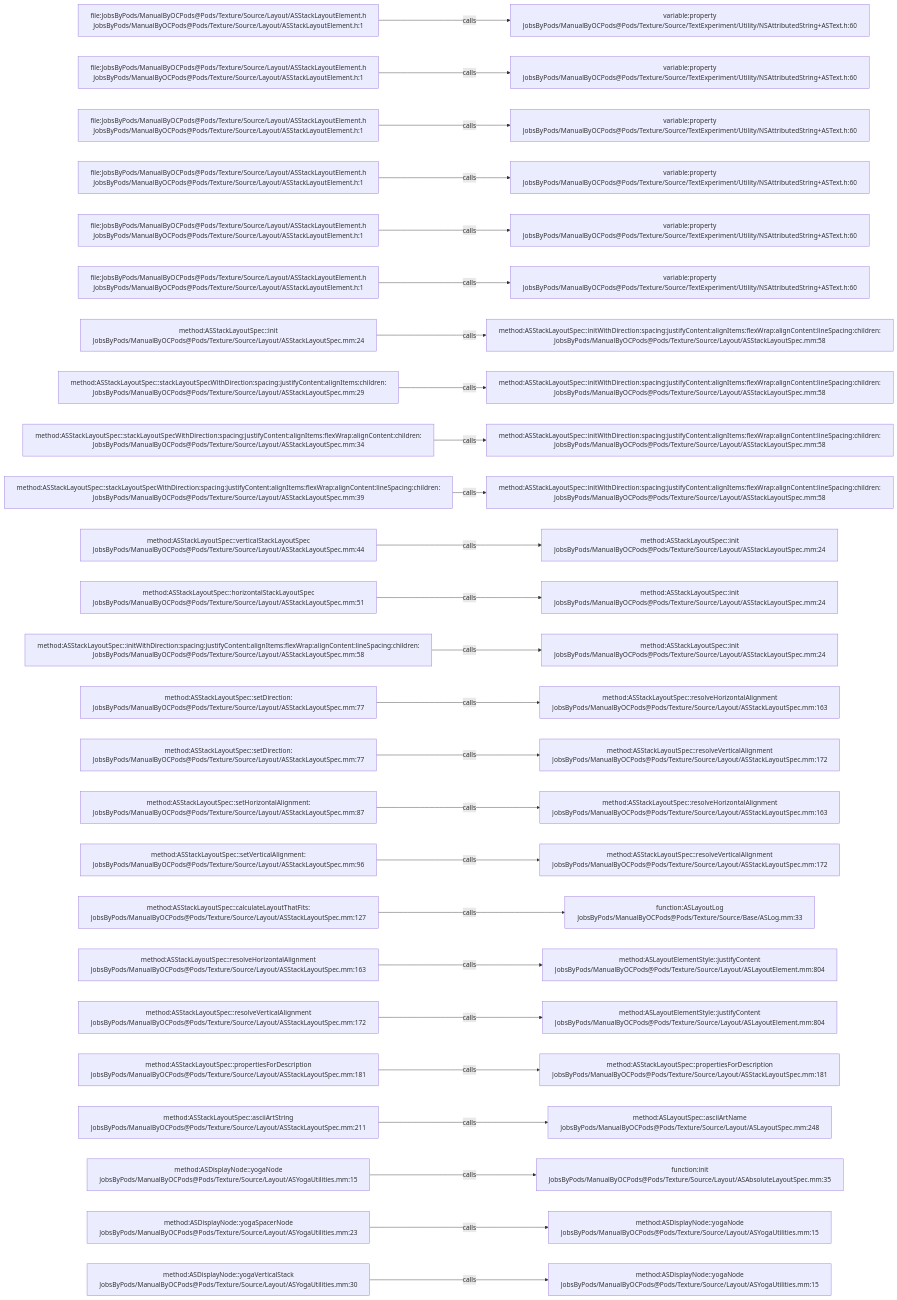
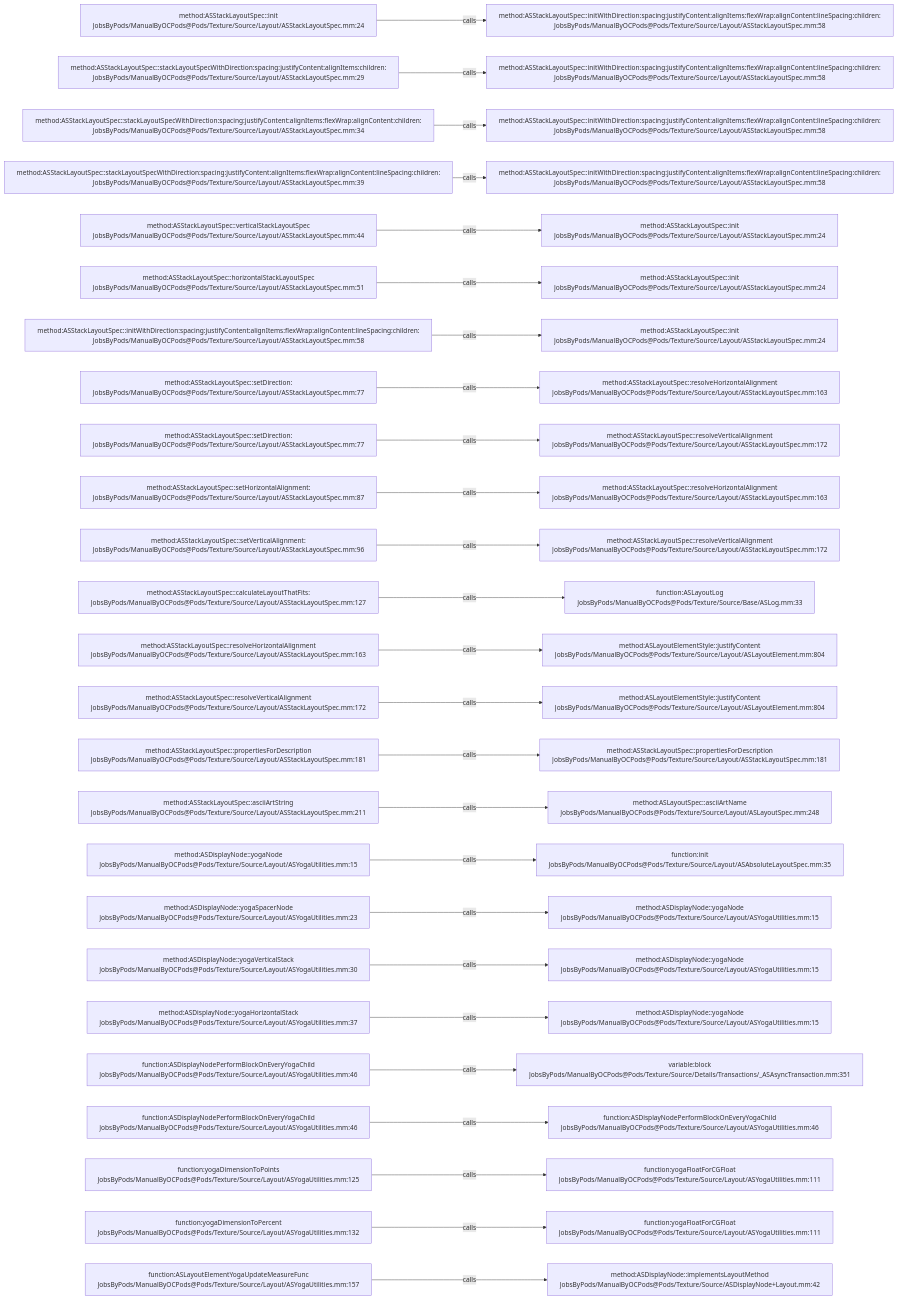
One commit to JobsKits/JobsOCBaseConfigDemo changed the diagram in .codegraph/codegraph.md/graphs/calls-175.md. Above: the diagram before and after it, drawn with Mermaid. The commit also changed 666 other files, not shown here.

````diff
--- a/.codegraph/codegraph.md/graphs/calls-175.md
+++ b/.codegraph/codegraph.md/graphs/calls-175.md
@@ -13,78 +13,78 @@
 ```mermaid
 flowchart LR
-  S1["file:JobsByPods/ManualByOCPods@Pods/Texture/Source/Layout/ASStackLayoutElement.h<br/>JobsByPods/ManualByOCPods@Pods/Texture/Source/Layout/ASStackLayoutElement.h:1"]
-  T1["variable:property<br/>JobsByPods/ManualByOCPods@Pods/Texture/Source/TextExperiment/Utility/NSAttributedString+ASText.h:60"]
+  S1["method:ASStackLayoutSpec::init<br/>JobsByPods/ManualByOCPods@Pods/Texture/Source/Layout/ASStackLayoutSpec.mm:24"]
+  T1["method:ASStackLayoutSpec::initWithDirection:spacing:justifyContent:alignItems:flexWrap:alignContent:lineSpacing:children:<br/>JobsByPods/ManualByOCPods@Pods/Texture/Source/Layout/ASStackLayoutSpec.mm:58"]
   S1 -->|calls| T1
-  S2["file:JobsByPods/ManualByOCPods@Pods/Texture/Source/Layout/ASStackLayoutElement.h<br/>JobsByPods/ManualByOCPods@Pods/Texture/Source/Layout/ASStackLayoutElement.h:1"]
-  T2["variable:property<br/>JobsByPods/ManualByOCPods@Pods/Texture/Source/TextExperiment/Utility/NSAttributedString+ASText.h:60"]
+  S2["method:ASStackLayoutSpec::stackLayoutSpecWithDirection:spacing:justifyContent:alignItems:children:<br/>JobsByPods/ManualByOCPods@Pods/Texture/Source/Layout/ASStackLayoutSpec.mm:29"]
+  T2["method:ASStackLayoutSpec::initWithDirection:spacing:justifyContent:alignItems:flexWrap:alignContent:lineSpacing:children:<br/>JobsByPods/ManualByOCPods@Pods/Texture/Source/Layout/ASStackLayoutSpec.mm:58"]
   S2 -->|calls| T2
-  S3["file:JobsByPods/ManualByOCPods@Pods/Texture/Source/Layout/ASStackLayoutElement.h<br/>JobsByPods/ManualByOCPods@Pods/Texture/Source/Layout/ASStackLayoutElement.h:1"]
-  T3["variable:property<br/>JobsByPods/ManualByOCPods@Pods/Texture/Source/TextExperiment/Utility/NSAttributedString+ASText.h:60"]
+  S3["method:ASStackLayoutSpec::stackLayoutSpecWithDirection:spacing:justifyContent:alignItems:flexWrap:alignContent:children:<br/>JobsByPods/ManualByOCPods@Pods/Texture/Source/Layout/ASStackLayoutSpec.mm:34"]
+  T3["method:ASStackLayoutSpec::initWithDirection:spacing:justifyContent:alignItems:flexWrap:alignContent:lineSpacing:children:<br/>JobsByPods/ManualByOCPods@Pods/Texture/Source/Layout/ASStackLayoutSpec.mm:58"]
   S3 -->|calls| T3
-  S4["file:JobsByPods/ManualByOCPods@Pods/Texture/Source/Layout/ASStackLayoutElement.h<br/>JobsByPods/ManualByOCPods@Pods/Texture/Source/Layout/ASStackLayoutElement.h:1"]
-  T4["variable:property<br/>JobsByPods/ManualByOCPods@Pods/Texture/Source/TextExperiment/Utility/NSAttributedString+ASText.h:60"]
+  S4["method:ASStackLayoutSpec::stackLayoutSpecWithDirection:spacing:justifyContent:alignItems:flexWrap:alignContent:lineSpacing:children:<br/>JobsByPods/ManualByOCPods@Pods/Texture/Source/Layout/ASStackLayoutSpec.mm:39"]
+  T4["method:ASStackLayoutSpec::initWithDirection:spacing:justifyContent:alignItems:flexWrap:alignContent:lineSpacing:children:<br/>JobsByPods/ManualByOCPods@Pods/Texture/Source/Layout/ASStackLayoutSpec.mm:58"]
   S4 -->|calls| T4
-  S5["file:JobsByPods/ManualByOCPods@Pods/Texture/Source/Layout/ASStackLayoutElement.h<br/>JobsByPods/ManualByOCPods@Pods/Texture/Source/Layout/ASStackLayoutElement.h:1"]
-  T5["variable:property<br/>JobsByPods/ManualByOCPods@Pods/Texture/Source/TextExperiment/Utility/NSAttributedString+ASText.h:60"]
+  S5["method:ASStackLayoutSpec::verticalStackLayoutSpec<br/>JobsByPods/ManualByOCPods@Pods/Texture/Source/Layout/ASStackLayoutSpec.mm:44"]
+  T5["method:ASStackLayoutSpec::init<br/>JobsByPods/ManualByOCPods@Pods/Texture/Source/Layout/ASStackLayoutSpec.mm:24"]
   S5 -->|calls| T5
-  S6["file:JobsByPods/ManualByOCPods@Pods/Texture/Source/Layout/ASStackLayoutElement.h<br/>JobsByPods/ManualByOCPods@Pods/Texture/Source/Layout/ASStackLayoutElement.h:1"]
-  T6["variable:property<br/>JobsByPods/ManualByOCPods@Pods/Texture/Source/TextExperiment/Utility/NSAttributedString+ASText.h:60"]
+  S6["method:ASStackLayoutSpec::horizontalStackLayoutSpec<br/>JobsByPods/ManualByOCPods@Pods/Texture/Source/Layout/ASStackLayoutSpec.mm:51"]
+  T6["method:ASStackLayoutSpec::init<br/>JobsByPods/ManualByOCPods@Pods/Texture/Source/Layout/ASStackLayoutSpec.mm:24"]
   S6 -->|calls| T6
-  S7["method:ASStackLayoutSpec::init<br/>JobsByPods/ManualByOCPods@Pods/Texture/Source/Layout/ASStackLayoutSpec.mm:24"]
-  T7["method:ASStackLayoutSpec::initWithDirection:spacing:justifyContent:alignItems:flexWrap:alignContent:lineSpacing:children:<br/>JobsByPods/ManualByOCPods@Pods/Texture/Source/Layout/ASStackLayoutSpec.mm:58"]
+  S7["method:ASStackLayoutSpec::initWithDirection:spacing:justifyContent:alignItems:flexWrap:alignContent:lineSpacing:children:<br/>JobsByPods/ManualByOCPods@Pods/Texture/Source/Layout/ASStackLayoutSpec.mm:58"]
+  T7["method:ASStackLayoutSpec::init<br/>JobsByPods/ManualByOCPods@Pods/Texture/Source/Layout/ASStackLayoutSpec.mm:24"]
   S7 -->|calls| T7
-  S8["method:ASStackLayoutSpec::stackLayoutSpecWithDirection:spacing:justifyContent:alignItems:children:<br/>JobsByPods/ManualByOCPods@Pods/Texture/Source/Layout/ASStackLayoutSpec.mm:29"]
-  T8["method:ASStackLayoutSpec::initWithDirection:spacing:justifyContent:alignItems:flexWrap:alignContent:lineSpacing:children:<br/>JobsByPods/ManualByOCPods@Pods/Texture/Source/Layout/ASStackLayoutSpec.mm:58"]
+  S8["method:ASStackLayoutSpec::setDirection:<br/>JobsByPods/ManualByOCPods@Pods/Texture/Source/Layout/ASStackLayoutSpec.mm:77"]
+  T8["method:ASStackLayoutSpec::resolveHorizontalAlignment<br/>JobsByPods/ManualByOCPods@Pods/Texture/Source/Layout/ASStackLayoutSpec.mm:163"]
   S8 -->|calls| T8
-  S9["method:ASStackLayoutSpec::stackLayoutSpecWithDirection:spacing:justifyContent:alignItems:flexWrap:alignContent:children:<br/>JobsByPods/ManualByOCPods@Pods/Texture/Source/Layout/ASStackLayoutSpec.mm:34"]
-  T9["method:ASStackLayoutSpec::initWithDirection:spacing:justifyContent:alignItems:flexWrap:alignContent:lineSpacing:children:<br/>JobsByPods/ManualByOCPods@Pods/Texture/Source/Layout/ASStackLayoutSpec.mm:58"]
+  S9["method:ASStackLayoutSpec::setDirection:<br/>JobsByPods/ManualByOCPods@Pods/Texture/Source/Layout/ASStackLayoutSpec.mm:77"]
+  T9["method:ASStackLayoutSpec::resolveVerticalAlignment<br/>JobsByPods/ManualByOCPods@Pods/Texture/Source/Layout/ASStackLayoutSpec.mm:172"]
   S9 -->|calls| T9
-  S10["method:ASStackLayoutSpec::stackLayoutSpecWithDirection:spacing:justifyContent:alignItems:flexWrap:alignContent:lineSpacing:children:<br/>JobsByPods/ManualByOCPods@Pods/Texture/Source/Layout/ASStackLayoutSpec.mm:39"]
-  T10["method:ASStackLayoutSpec::initWithDirection:spacing:justifyContent:alignItems:flexWrap:alignContent:lineSpacing:children:<br/>JobsByPods/ManualByOCPods@Pods/Texture/Source/Layout/ASStackLayoutSpec.mm:58"]
+  S10["method:ASStackLayoutSpec::setHorizontalAlignment:<br/>JobsByPods/ManualByOCPods@Pods/Texture/Source/Layout/ASStackLayoutSpec.mm:87"]
+  T10["method:ASStackLayoutSpec::resolveHorizontalAlignment<br/>JobsByPods/ManualByOCPods@Pods/Texture/Source/Layout/ASStackLayoutSpec.mm:163"]
   S10 -->|calls| T10
-  S11["method:ASStackLayoutSpec::verticalStackLayoutSpec<br/>JobsByPods/ManualByOCPods@Pods/Texture/Source/Layout/ASStackLayoutSpec.mm:44"]
-  T11["method:ASStackLayoutSpec::init<br/>JobsByPods/ManualByOCPods@Pods/Texture/Source/Layout/ASStackLayoutSpec.mm:24"]
+  S11["method:ASStackLayoutSpec::setVerticalAlignment:<br/>JobsByPods/ManualByOCPods@Pods/Texture/Source/Layout/ASStackLayoutSpec.mm:96"]
+  T11["method:ASStackLayoutSpec::resolveVerticalAlignment<br/>JobsByPods/ManualByOCPods@Pods/Texture/Source/Layout/ASStackLayoutSpec.mm:172"]
   S11 -->|calls| T11
-  S12["method:ASStackLayoutSpec::horizontalStackLayoutSpec<br/>JobsByPods/ManualByOCPods@Pods/Texture/Source/Layout/ASStackLayoutSpec.mm:51"]
-  T12["method:ASStackLayoutSpec::init<br/>JobsByPods/ManualByOCPods@Pods/Texture/Source/Layout/ASStackLayoutSpec.mm:24"]
+  S12["method:ASStackLayoutSpec::calculateLayoutThatFits:<br/>JobsByPods/ManualByOCPods@Pods/Texture/Source/Layout/ASStackLayoutSpec.mm:127"]
+  T12["function:ASLayoutLog<br/>JobsByPods/ManualByOCPods@Pods/Texture/Source/Base/ASLog.mm:33"]
   S12 -->|calls| T12
-  S13["method:ASStackLayoutSpec::initWithDirection:spacing:justifyContent:alignItems:flexWrap:alignContent:lineSpacing:children:<br/>JobsByPods/ManualByOCPods@Pods/Texture/Source/Layout/ASStackLayoutSpec.mm:58"]
-  T13["method:ASStackLayoutSpec::init<br/>JobsByPods/ManualByOCPods@Pods/Texture/Source/Layout/ASStackLayoutSpec.mm:24"]
+  S13["method:ASStackLayoutSpec::resolveHorizontalAlignment<br/>JobsByPods/ManualByOCPods@Pods/Texture/Source/Layout/ASStackLayoutSpec.mm:163"]
+  T13["method:ASLayoutElementStyle::justifyContent<br/>JobsByPods/ManualByOCPods@Pods/Texture/Source/Layout/ASLayoutElement.mm:804"]
   S13 -->|calls| T13
-  S14["method:ASStackLayoutSpec::setDirection:<br/>JobsByPods/ManualByOCPods@Pods/Texture/Source/Layout/ASStackLayoutSpec.mm:77"]
-  T14["method:ASStackLayoutSpec::resolveHorizontalAlignment<br/>JobsByPods/ManualByOCPods@Pods/Texture/Source/Layout/ASStackLayoutSpec.mm:163"]
+  S14["method:ASStackLayoutSpec::resolveVerticalAlignment<br/>JobsByPods/ManualByOCPods@Pods/Texture/Source/Layout/ASStackLayoutSpec.mm:172"]
+  T14["method:ASLayoutElementStyle::justifyContent<br/>JobsByPods/ManualByOCPods@Pods/Texture/Source/Layout/ASLayoutElement.mm:804"]
   S14 -->|calls| T14
-  S15["method:ASStackLayoutSpec::setDirection:<br/>JobsByPods/ManualByOCPods@Pods/Texture/Source/Layout/ASStackLayoutSpec.mm:77"]
-  T15["method:ASStackLayoutSpec::resolveVerticalAlignment<br/>JobsByPods/ManualByOCPods@Pods/Texture/Source/Layout/ASStackLayoutSpec.mm:172"]
+  S15["method:ASStackLayoutSpec::propertiesForDescription<br/>JobsByPods/ManualByOCPods@Pods/Texture/Source/Layout/ASStackLayoutSpec.mm:181"]
+  T15["method:ASStackLayoutSpec::propertiesForDescription<br/>JobsByPods/ManualByOCPods@Pods/Texture/Source/Layout/ASStackLayoutSpec.mm:181"]
   S15 -->|calls| T15
-  S16["method:ASStackLayoutSpec::setHorizontalAlignment:<br/>JobsByPods/ManualByOCPods@Pods/Texture/Source/Layout/ASStackLayoutSpec.mm:87"]
-  T16["method:ASStackLayoutSpec::resolveHorizontalAlignment<br/>JobsByPods/ManualByOCPods@Pods/Texture/Source/Layout/ASStackLayoutSpec.mm:163"]
+  S16["method:ASStackLayoutSpec::asciiArtString<br/>JobsByPods/ManualByOCPods@Pods/Texture/Source/Layout/ASStackLayoutSpec.mm:211"]
+  T16["method:ASLayoutSpec::asciiArtName<br/>JobsByPods/ManualByOCPods@Pods/Texture/Source/Layout/ASLayoutSpec.mm:248"]
   S16 -->|calls| T16
-  S17["method:ASStackLayoutSpec::setVerticalAlignment:<br/>JobsByPods/ManualByOCPods@Pods/Texture/Source/Layout/ASStackLayoutSpec.mm:96"]
-  T17["method:ASStackLayoutSpec::resolveVerticalAlignment<br/>JobsByPods/ManualByOCPods@Pods/Texture/Source/Layout/ASStackLayoutSpec.mm:172"]
+  S17["method:ASDisplayNode::yogaNode<br/>JobsByPods/ManualByOCPods@Pods/Texture/Source/Layout/ASYogaUtilities.mm:15"]
+  T17["function:init<br/>JobsByPods/ManualByOCPods@Pods/Texture/Source/Layout/ASAbsoluteLayoutSpec.mm:35"]
   S17 -->|calls| T17
-  S18["method:ASStackLayoutSpec::calculateLayoutThatFits:<br/>JobsByPods/ManualByOCPods@Pods/Texture/Source/Layout/ASStackLayoutSpec.mm:127"]
-  T18["function:ASLayoutLog<br/>JobsByPods/ManualByOCPods@Pods/Texture/Source/Base/ASLog.mm:33"]
+  S18["method:ASDisplayNode::yogaSpacerNode<br/>JobsByPods/ManualByOCPods@Pods/Texture/Source/Layout/ASYogaUtilities.mm:23"]
+  T18["method:ASDisplayNode::yogaNode<br/>JobsByPods/ManualByOCPods@Pods/Texture/Source/Layout/ASYogaUtilities.mm:15"]
   S18 -->|calls| T18
-  S19["method:ASStackLayoutSpec::resolveHorizontalAlignment<br/>JobsByPods/ManualByOCPods@Pods/Texture/Source/Layout/ASStackLayoutSpec.mm:163"]
-  T19["method:ASLayoutElementStyle::justifyContent<br/>JobsByPods/ManualByOCPods@Pods/Texture/Source/Layout/ASLayoutElement.mm:804"]
+  S19["method:ASDisplayNode::yogaVerticalStack<br/>JobsByPods/ManualByOCPods@Pods/Texture/Source/Layout/ASYogaUtilities.mm:30"]
+  T19["method:ASDisplayNode::yogaNode<br/>JobsByPods/ManualByOCPods@Pods/Texture/Source/Layout/ASYogaUtilities.mm:15"]
   S19 -->|calls| T19
-  S20["method:ASStackLayoutSpec::resolveVerticalAlignment<br/>JobsByPods/ManualByOCPods@Pods/Texture/Source/Layout/ASStackLayoutSpec.mm:172"]
-  T20["method:ASLayoutElementStyle::justifyContent<br/>JobsByPods/ManualByOCPods@Pods/Texture/Source/Layout/ASLayoutElement.mm:804"]
+  S20["method:ASDisplayNode::yogaHorizontalStack<br/>JobsByPods/ManualByOCPods@Pods/Texture/Source/Layout/ASYogaUtilities.mm:37"]
+  T20["method:ASDisplayNode::yogaNode<br/>JobsByPods/ManualByOCPods@Pods/Texture/Source/Layout/ASYogaUtilities.mm:15"]
   S20 -->|calls| T20
-  S21["method:ASStackLayoutSpec::propertiesForDescription<br/>JobsByPods/ManualByOCPods@Pods/Texture/Source/Layout/ASStackLayoutSpec.mm:181"]
-  T21["method:ASStackLayoutSpec::propertiesForDescription<br/>JobsByPods/ManualByOCPods@Pods/Texture/Source/Layout/ASStackLayoutSpec.mm:181"]
+  S21["function:ASDisplayNodePerformBlockOnEveryYogaChild<br/>JobsByPods/ManualByOCPods@Pods/Texture/Source/Layout/ASYogaUtilities.mm:46"]
+  T21["variable:block<br/>JobsByPods/ManualByOCPods@Pods/Texture/Source/Details/Transactions/_ASAsyncTransaction.mm:351"]
   S21 -->|calls| T21
-  S22["method:ASStackLayoutSpec::asciiArtString<br/>JobsByPods/ManualByOCPods@Pods/Texture/Source/Layout/ASStackLayoutSpec.mm:211"]
-  T22["method:ASLayoutSpec::asciiArtName<br/>JobsByPods/ManualByOCPods@Pods/Texture/Source/Layout/ASLayoutSpec.mm:248"]
+  S22["function:ASDisplayNodePerformBlockOnEveryYogaChild<br/>JobsByPods/ManualByOCPods@Pods/Texture/Source/Layout/ASYogaUtilities.mm:46"]
+  T22["function:ASDisplayNodePerformBlockOnEveryYogaChild<br/>JobsByPods/ManualByOCPods@Pods/Texture/Source/Layout/ASYogaUtilities.mm:46"]
   S22 -->|calls| T22
-  S23["method:ASDisplayNode::yogaNode<br/>JobsByPods/ManualByOCPods@Pods/Texture/Source/Layout/ASYogaUtilities.mm:15"]
-  T23["function:init<br/>JobsByPods/ManualByOCPods@Pods/Texture/Source/Layout/ASAbsoluteLayoutSpec.mm:35"]
+  S23["function:yogaDimensionToPoints<br/>JobsByPods/ManualByOCPods@Pods/Texture/Source/Layout/ASYogaUtilities.mm:125"]
+  T23["function:yogaFloatForCGFloat<br/>JobsByPods/ManualByOCPods@Pods/Texture/Source/Layout/ASYogaUtilities.mm:111"]
   S23 -->|calls| T23
-  S24["method:ASDisplayNode::yogaSpacerNode<br/>JobsByPods/ManualByOCPods@Pods/Texture/Source/Layout/ASYogaUtilities.mm:23"]
-  T24["method:ASDisplayNode::yogaNode<br/>JobsByPods/ManualByOCPods@Pods/Texture/Source/Layout/ASYogaUtilities.mm:15"]
+  S24["function:yogaDimensionToPercent<br/>JobsByPods/ManualByOCPods@Pods/Texture/Source/Layout/ASYogaUtilities.mm:132"]
+  T24["function:yogaFloatForCGFloat<br/>JobsByPods/ManualByOCPods@Pods/Texture/Source/Layout/ASYogaUtilities.mm:111"]
   S24 -->|calls| T24
-  S25["method:ASDisplayNode::yogaVerticalStack<br/>JobsByPods/ManualByOCPods@Pods/Texture/Source/Layout/ASYogaUtilities.mm:30"]
-  T25["method:ASDisplayNode::yogaNode<br/>JobsByPods/ManualByOCPods@Pods/Texture/Source/Layout/ASYogaUtilities.mm:15"]
+  S25["function:ASLayoutElementYogaUpdateMeasureFunc<br/>JobsByPods/ManualByOCPods@Pods/Texture/Source/Layout/ASYogaUtilities.mm:157"]
+  T25["method:ASDisplayNode::implementsLayoutMethod<br/>JobsByPods/ManualByOCPods@Pods/Texture/Source/ASDisplayNode+Layout.mm:42"]
   S25 -->|calls| T25
 ```
````
